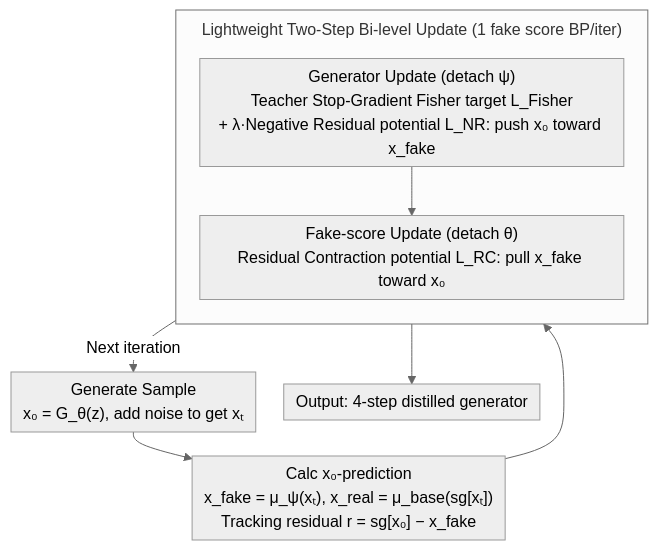
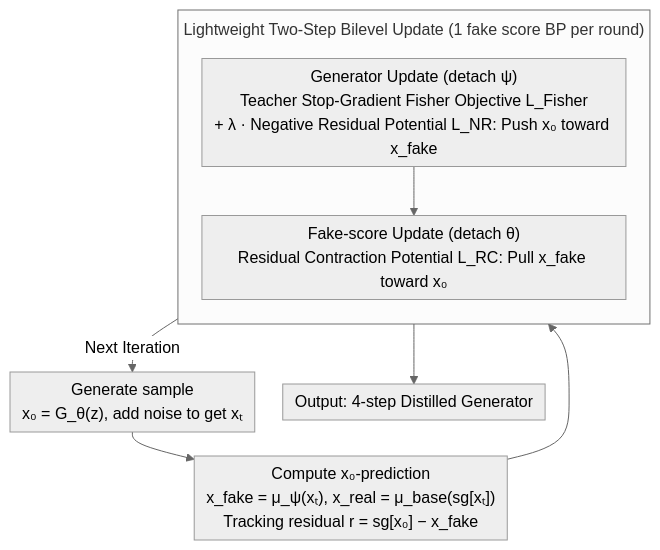
Before and after one commit to zhaoyang97/Paper-Notes-en: the diagram in docs/ICML2026/video_generation/sgmd_score_gradient_matching_distillation_for_few-step_video_diffusion_distillat.md, drawn with Mermaid (neutral theme). The commit also changed other lines of this file and 5084 other files, not shown here.

````diff
--- a/docs/ICML2026/video_generation/sgmd_score_gradient_matching_distillation_for_few-step_video_diffusion_distillat.md
+++ b/docs/ICML2026/video_generation/sgmd_score_gradient_matching_distillation_for_few-step_video_diffusion_distillat.md
@@ -47,13 +47,13 @@
 ```mermaid
 %%{init: {'flowchart': {'rankSpacing': 24, 'nodeSpacing': 28, 'padding': 6, 'wrappingWidth': 400, 'subGraphTitleMargin': {'top': 8, 'bottom': 16}}}}%%
 flowchart TD
-    A["Generate Sample<br/>x₀ = G_θ(z), add noise to get xₜ"] --> B["Calc x₀-prediction<br/>x_fake = μ_ψ(xₜ), x_real = μ_base(sg[xₜ])<br/>Tracking residual r = sg[x₀] − x_fake"]
-    subgraph BILEVEL["Lightweight Two-Step Bi-level Update (1 fake score BP/iter)"]
+    A["Generate sample<br/>x₀ = G_θ(z), add noise to get xₜ"] --> B["Compute x₀-prediction<br/>x_fake = μ_ψ(xₜ), x_real = μ_base(sg[xₜ])<br/>Tracking residual r = sg[x₀] − x_fake"]
+    subgraph BILEVEL["Lightweight Two-Step Bilevel Update (1 fake score BP per round)"]
         direction TB
-        C["Generator Update (detach ψ)<br/>Teacher Stop-Gradient Fisher target L_Fisher<br/>+ λ·Negative Residual potential L_NR: push x₀ toward x_fake"]
-        C --> D["Fake-score Update (detach θ)<br/>Residual Contraction potential L_RC: pull x_fake toward x₀"]
+        C["Generator Update (detach ψ)<br/>Teacher Stop-Gradient Fisher Objective L_Fisher<br/>+ λ · Negative Residual Potential L_NR: Push x₀ toward x_fake"]
+        C --> D["Fake-score Update (detach θ)<br/>Residual Contraction Potential L_RC: Pull x_fake toward x₀"]
     end
     B --> C
-    D -->|Next iteration| A
-    D --> E["Output: 4-step distilled generator"]
+    D -->|Next Iteration| A
+    D --> E["Output: 4-step Distilled Generator"]
 ```
````
